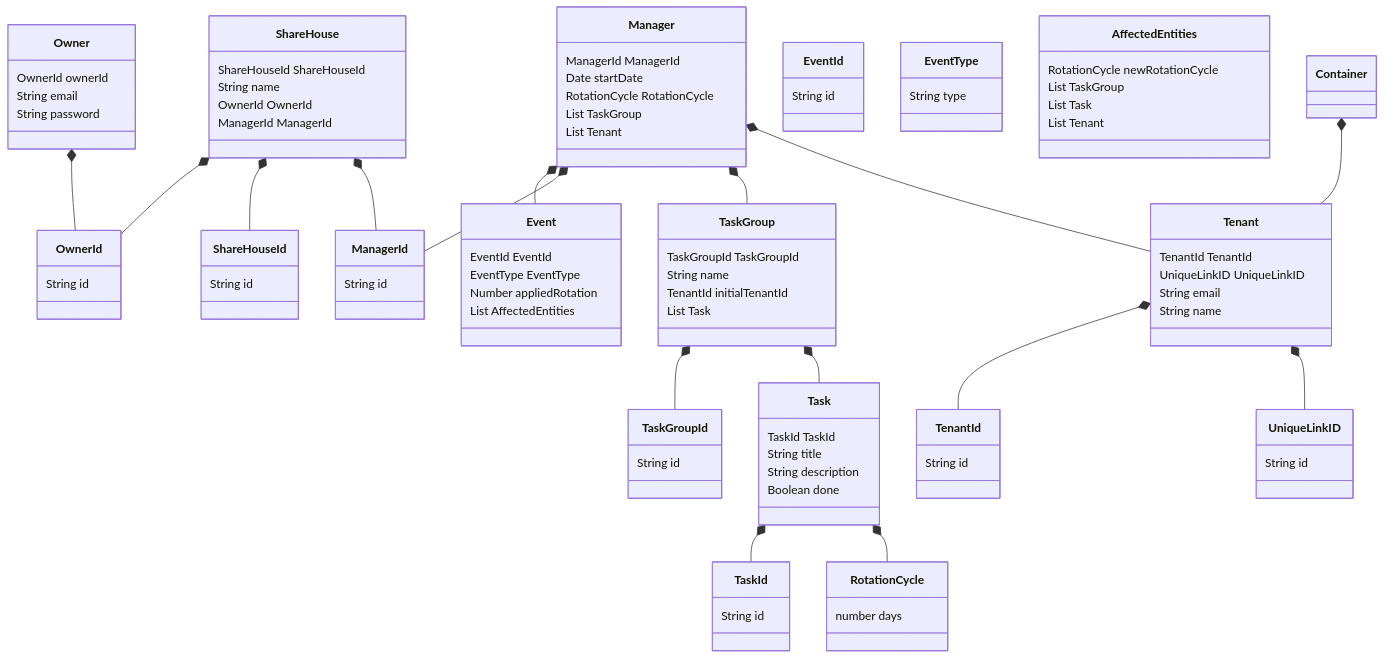
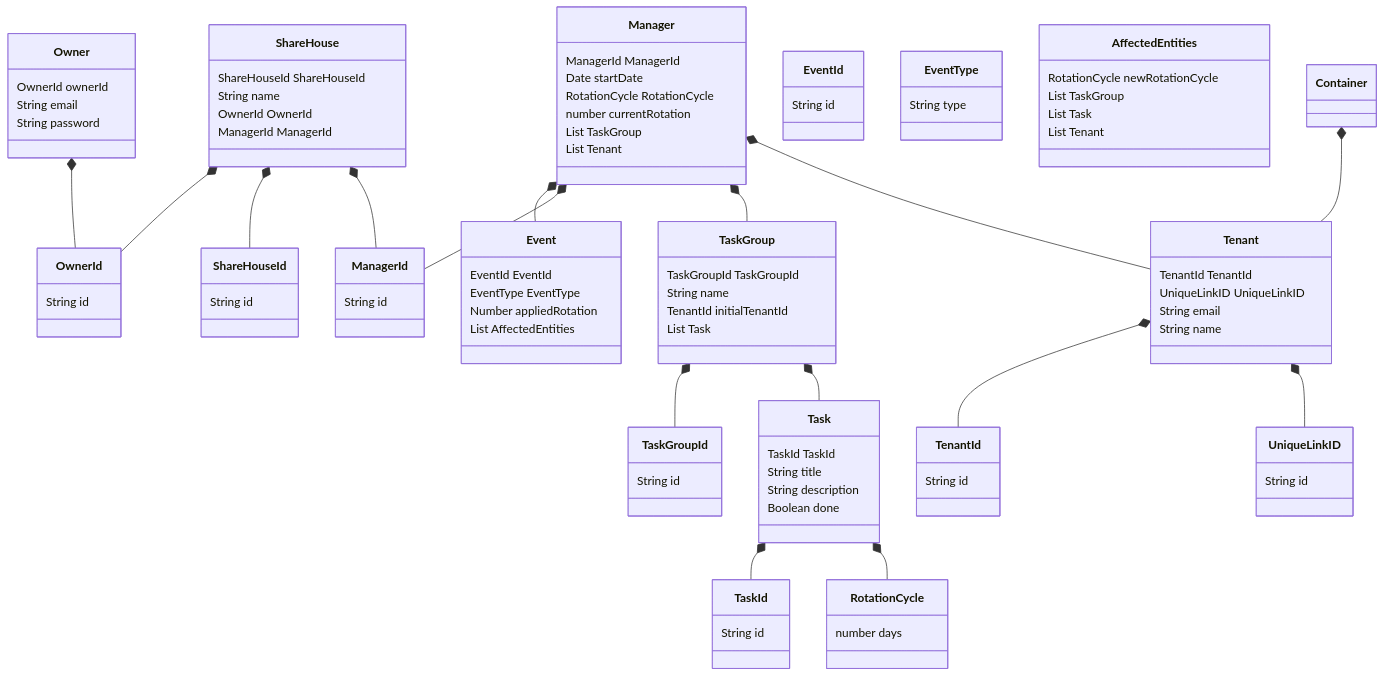
The diagram in modeling.md (Tascurator/tascurator-documents), drawn with Mermaid before and after one commit.

Commit message:
docs: add currentRotation attribute in Manager class

```diff
--- a/modeling.md
+++ b/modeling.md
@@ -21,6 +21,7 @@
         ManagerId ManagerId
         Date startDate
         RotationCycle RotationCycle
+        number currentRotation
         List TaskGroup
         List Tenant
     }
```
